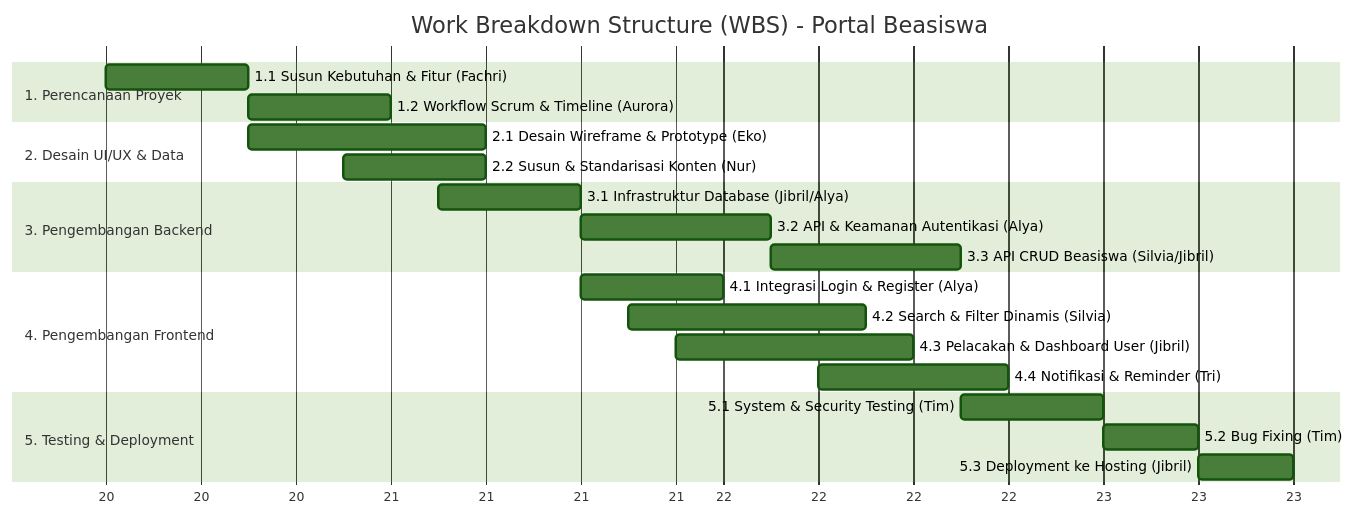
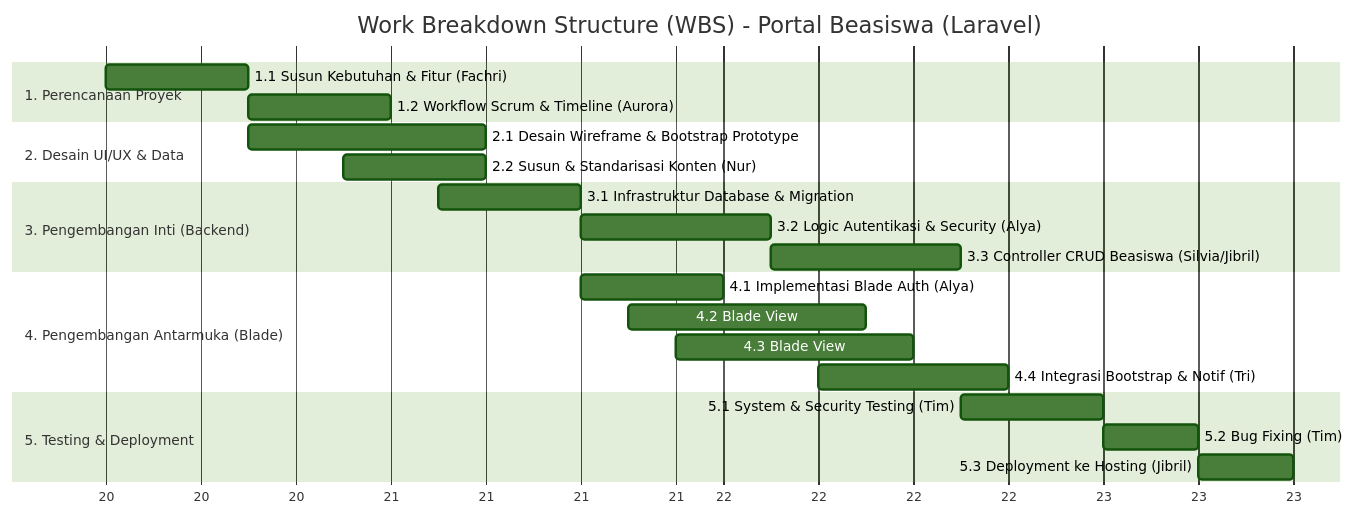
One commit to jeebrielibr/ManproInfoBea changed the third of 3 diagrams in docs/Management/Software_Development_Plan.md. Above: the diagram before and after it, drawn with Mermaid (forest theme). The commit also changed other lines of this file and 6 other files, not shown here.

````diff
--- a/docs/Management/Software_Development_Plan.md
+++ b/docs/Management/Software_Development_Plan.md
@@ -128,30 +128,30 @@
 ```mermaid
 gantt
-    title Work Breakdown Structure (WBS) - Portal Beasiswa
+    title Work Breakdown Structure (WBS) - Portal Beasiswa (Laravel)
     dateFormat  YYYY-MM-DD
     axisFormat  %W
     
     section 1. Perencanaan Proyek
     1.1 Susun Kebutuhan & Fitur (Fachri)          :a1, 2026-05-19, 3d
     1.2 Workflow Scrum & Timeline (Aurora)        :a2, after a1, 3d
     
     section 2. Desain UI/UX & Data
-    2.1 Desain Wireframe & Prototype (Eko)        :b1, 2026-05-22, 5d
+    2.1 Desain Wireframe & Bootstrap Prototype    :b1, 2026-05-22, 5d
     2.2 Susun & Standarisasi Konten (Nur)         :b2, 2026-05-24, 3d
     
-    section 3. Pengembangan Backend
-    3.1 Infrastruktur Database (Jibril/Alya)      :c1, 2026-05-26, 3d
-    3.2 API & Keamanan Autentikasi (Alya)         :c2, after c1, 4d
-    3.3 API CRUD Beasiswa (Silvia/Jibril)         :c3, after c2, 4d
+    section 3. Pengembangan Inti (Backend)
+    3.1 Infrastruktur Database & Migration        :c1, 2026-05-26, 3d
+    3.2 Logic Autentikasi & Security (Alya)       :c2, after c1, 4d
+    3.3 Controller CRUD Beasiswa (Silvia/Jibril)  :c3, after c2, 4d
     
-    section 4. Pengembangan Frontend
-    4.1 Integrasi Login & Register (Alya)         :d1, 2026-05-29, 3d
-    4.2 Search & Filter Dinamis (Silvia)          :d2, 2026-05-30, 5d
-    4.3 Pelacakan & Dashboard User (Jibril)       :d3, 2026-05-31, 5d
-    4.4 Notifikasi & Reminder (Tri)               :d4, 2026-06-03, 4d
+    section 4. Pengembangan Antarmuka (Blade)
+    4.1 Implementasi Blade Auth (Alya)            :d1, 2026-05-29, 3d
+    4.2 Blade View: Search & Filter (Silvia)      :d2, 2026-05-30, 5d
+    4.3 Blade View: Dashboard & Tracking (Jibril) :d3, 2026-05-31, 5d
+    4.4 Integrasi Bootstrap & Notif (Tri)         :d4, 2026-06-03, 4d
     
     section 5. Testing & Deployment
     5.1 System & Security Testing (Tim)           :e1, 2026-06-06, 3d
     5.2 Bug Fixing (Tim)                          :e2, after e1, 2d
     5.3 Deployment ke Hosting (Jibril)            :e3, after e2, 2d
 ```
````
